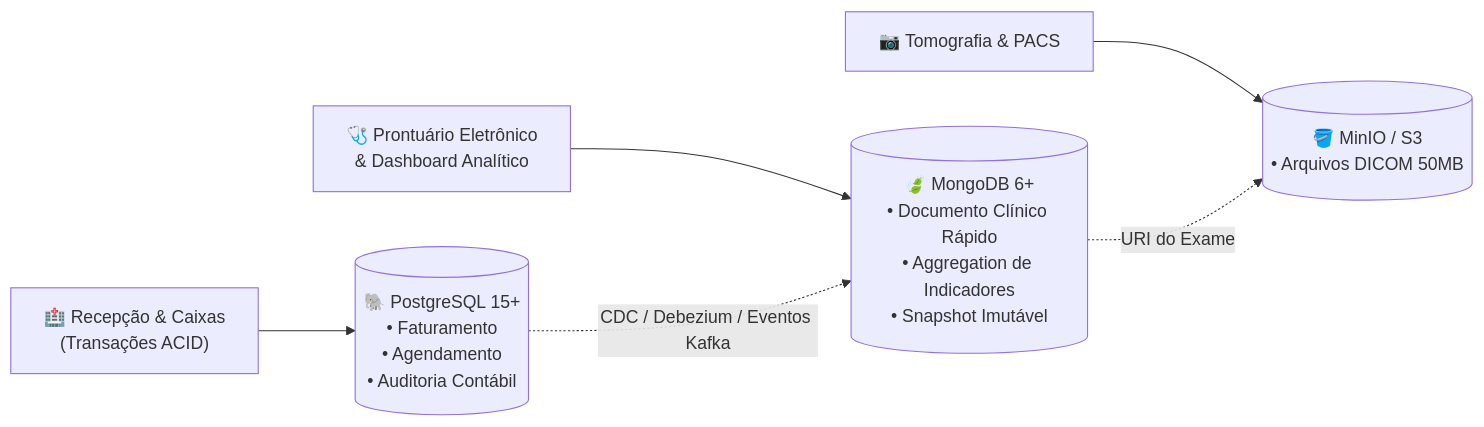
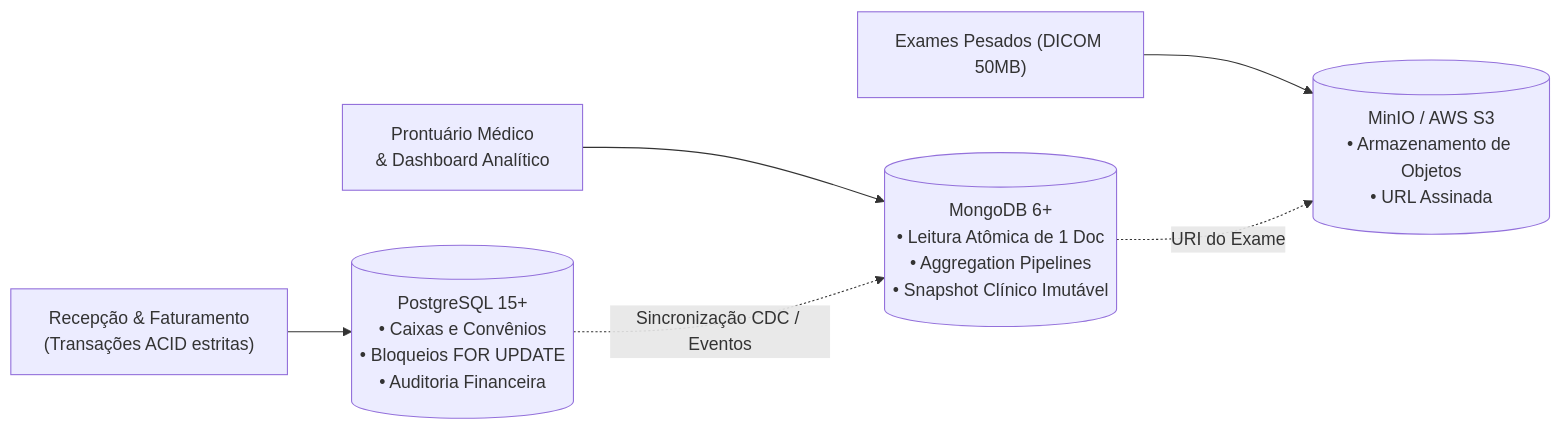
Before and after one commit to mfsjunior/TopicosAvancadosBancoDados: the second of 2 diagrams in Imersao-Topicos-Avancados-8h/laboratorio-hospital/Evolucao_Laboratorio_Hospital_Fase2.md, drawn with Mermaid. The commit also changed other lines of this file and 2 other files, not shown here.

````diff
--- a/Imersao-Topicos-Avancados-8h/laboratorio-hospital/Evolucao_Laboratorio_Hospital_Fase2.md
+++ b/Imersao-Topicos-Avancados-8h/laboratorio-hospital/Evolucao_Laboratorio_Hospital_Fase2.md
@@ -247,9 +107,9 @@
 ```mermaid
 flowchart LR
-    CLI["🏥 Recepção & Caixas<br/>(Transações ACID)"] --> PG[("🐘 PostgreSQL 15+<br/>• Faturamento<br/>• Agendamento<br/>• Auditoria Contábil")]
-    MED["🩺 Prontuário Eletrônico<br/>& Dashboard Analítico"] --> MG[("🍃 MongoDB 6+<br/>• Documento Clínico Rápido<br/>• Aggregation de Indicadores<br/>• Snapshot Imutável")]
-    EXA["📷 Tomografia & PACS"] --> S3[("🪣 MinIO / S3<br/>• Arquivos DICOM 50MB")]
+    CLI["Recepção & Faturamento<br/>(Transações ACID estritas)"] --> PG[("PostgreSQL 15+<br/>• Caixas e Convênios<br/>• Bloqueios FOR UPDATE<br/>• Auditoria Financeira")]
+    MED["Prontuário Médico<br/>& Dashboard Analítico"] --> MG[("MongoDB 6+<br/>• Leitura Atômica de 1 Doc<br/>• Aggregation Pipelines<br/>• Snapshot Clínico Imutável")]
+    EXA["Exames Pesados (DICOM 50MB)"] --> S3[("MinIO / AWS S3<br/>• Armazenamento de Objetos<br/>• URL Assinada")]
     
-    PG -. "CDC / Debezium / Eventos Kafka" .-> MG
+    PG -. "Sincronização CDC / Eventos" .-> MG
     MG -. "URI do Exame" .-> S3
 ```
````
